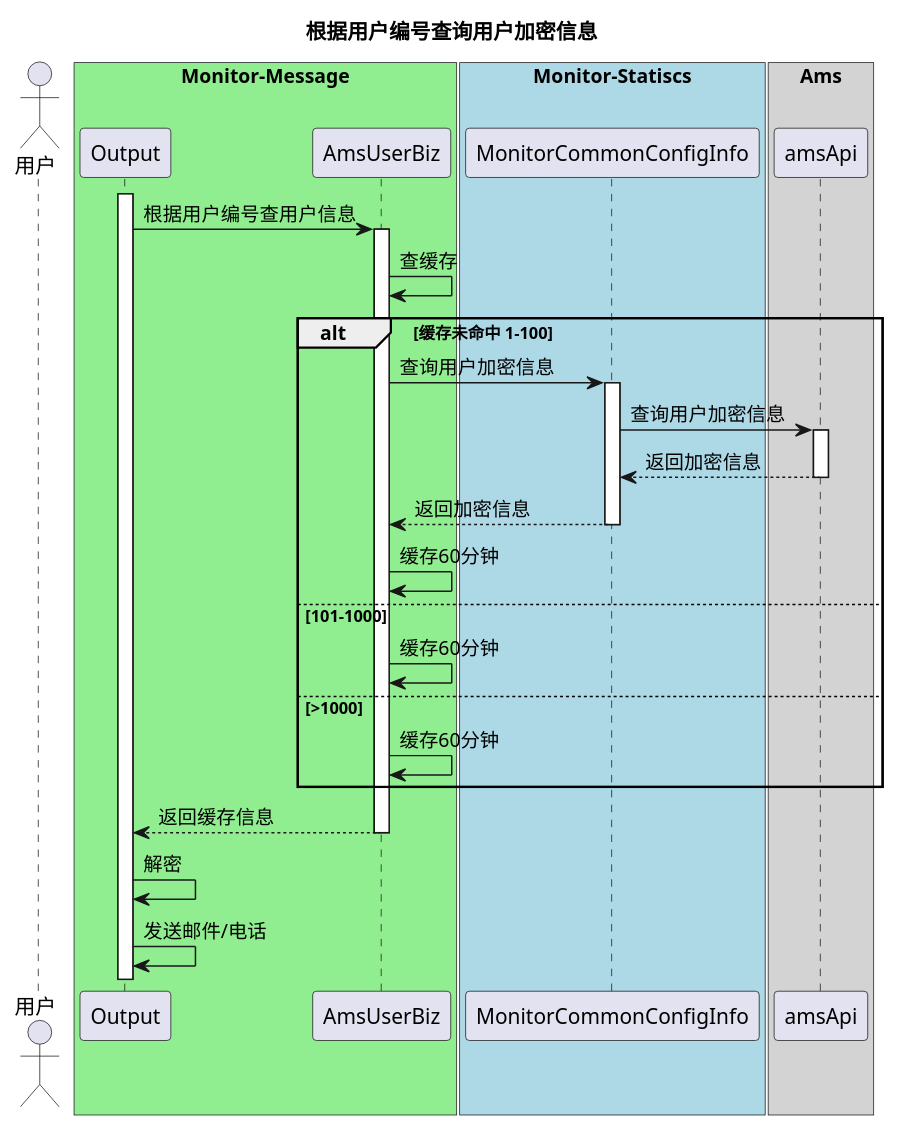
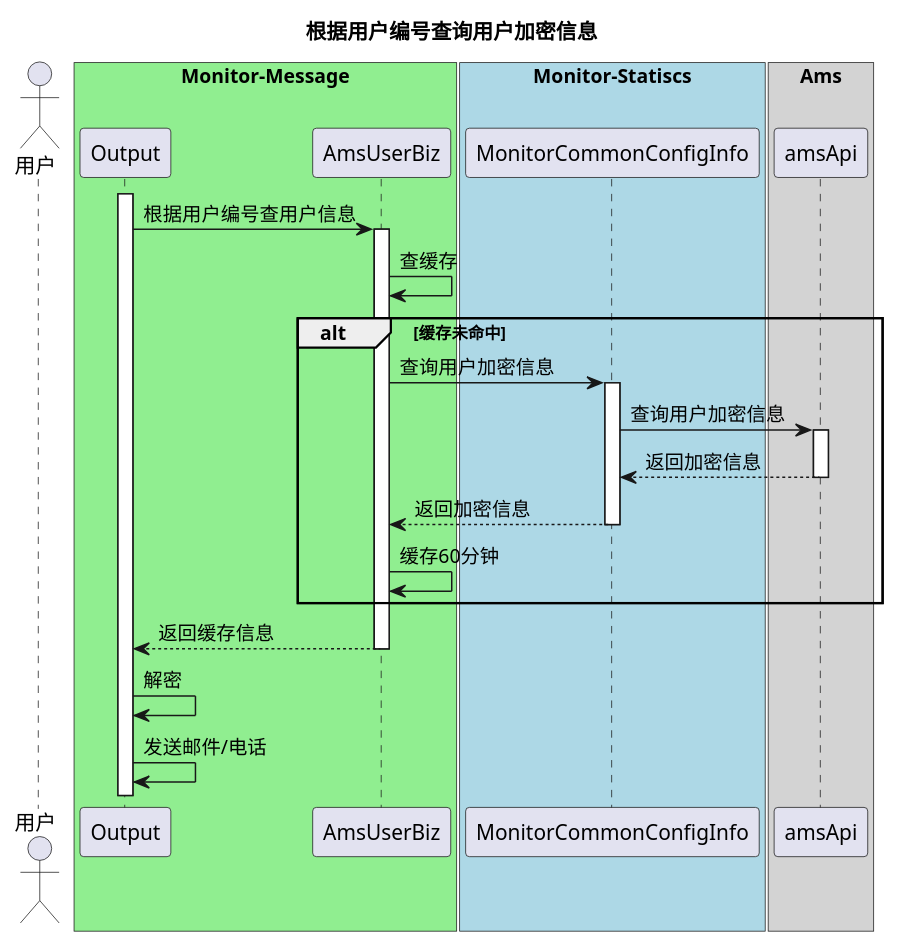
The diagram in src/main/resources/uml/monitor/sequnce/查询用户信息.puml (shineguo1/springDemo), drawn with PlantUML before and after one commit. The commit also changed 13 other files, not shown here.

Commit message:
uml图

```diff
--- a/src/main/resources/uml/monitor/sequnce/查询用户信息.puml
+++ b/src/main/resources/uml/monitor/sequnce/查询用户信息.puml
@@ -2,45 +2,41 @@
 @startuml
 
 actor 用户
 box "Monitor-Message" #LightGreen
 participant Output
 participant AmsUserBiz
 end box
 
 box "Monitor-Statiscs" #LightBlue
 participant MonitorCommonConfigInfo
 end box
 
 box "Ams" #LightGray
 participant amsApi
 end box
 
 
 title 根据用户编号查询用户加密信息
 activate Output
 Output -> AmsUserBiz : 根据用户编号查用户信息
 activate AmsUserBiz
 AmsUserBiz-> AmsUserBiz: 查缓存
 
-alt 缓存未命中 1-100
+alt 缓存未命中
     AmsUserBiz -> MonitorCommonConfigInfo : 查询用户加密信息
     activate MonitorCommonConfigInfo
     MonitorCommonConfigInfo -> amsApi : 查询用户加密信息
     activate amsApi
     MonitorCommonConfigInfo <-- amsApi  : 返回加密信息
     deactivate amsApi
     AmsUserBiz <-- MonitorCommonConfigInfo : 返回加密信息
     deactivate MonitorCommonConfigInfo
     AmsUserBiz-> AmsUserBiz: 缓存60分钟
-else 101-1000
-    AmsUserBiz-> AmsUserBiz: 缓存60分钟
-else >1000
-    AmsUserBiz-> AmsUserBiz: 缓存60分钟
 end
 Output <-- AmsUserBiz : 返回缓存信息
 deactivate AmsUserBiz
 Output -> Output : 解密
 Output -> Output : 发送邮件/电话
 
 
 @enduml
```
